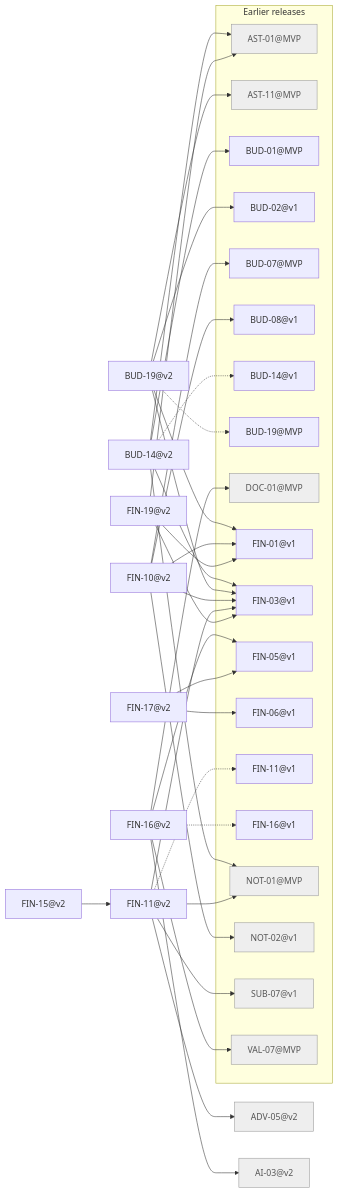
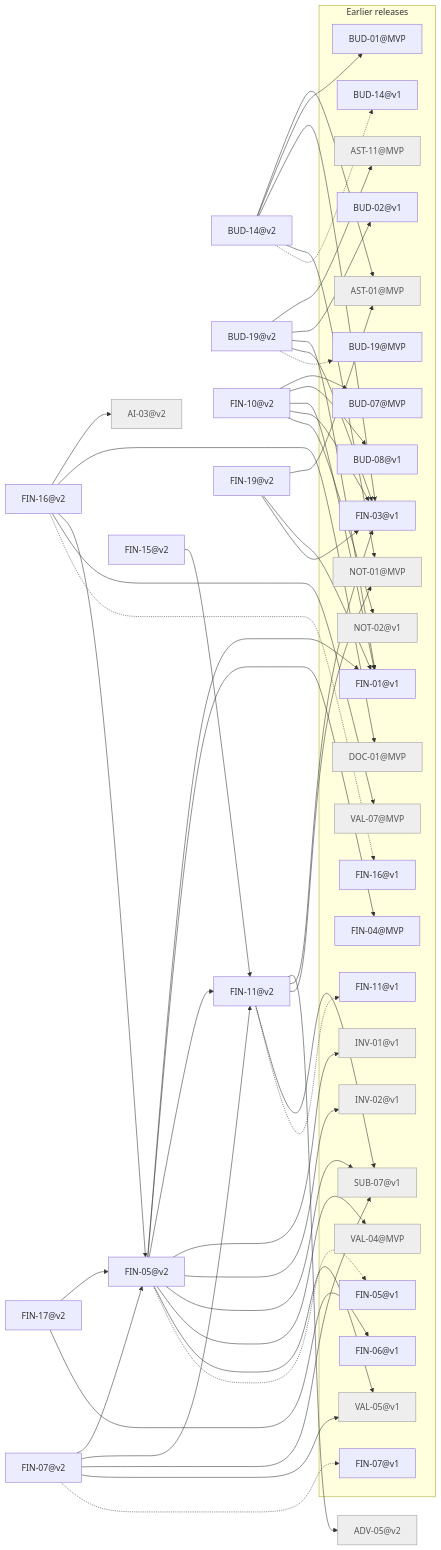
Before and after one commit to minakovval/Willowsum: the diagram in docs/traceability/release-v2.md, drawn with Mermaid. The commit also changed other lines of this file and 19 other files, not shown here.

````diff
--- a/docs/traceability/release-v2.md
+++ b/docs/traceability/release-v2.md
@@ -27,6 +29,8 @@
   AI_03_v2["AI-03@v2"]
   BUD_14_v2["BUD-14@v2"]
   BUD_19_v2["BUD-19@v2"]
+  FIN_05_v2["FIN-05@v2"]
+  FIN_07_v2["FIN-07@v2"]
   FIN_10_v2["FIN-10@v2"]
   FIN_11_v2["FIN-11@v2"]
   FIN_15_v2["FIN-15@v2"]
@@ -45,13 +49,19 @@
     DOC_01_MVP["DOC-01@MVP"]
     FIN_01_v1["FIN-01@v1"]
     FIN_03_v1["FIN-03@v1"]
+    FIN_04_MVP["FIN-04@MVP"]
     FIN_05_v1["FIN-05@v1"]
     FIN_06_v1["FIN-06@v1"]
+    FIN_07_v1["FIN-07@v1"]
     FIN_11_v1["FIN-11@v1"]
     FIN_16_v1["FIN-16@v1"]
+    INV_01_v1["INV-01@v1"]
+    INV_02_v1["INV-02@v1"]
     NOT_01_MVP["NOT-01@MVP"]
     NOT_02_v1["NOT-02@v1"]
     SUB_07_v1["SUB-07@v1"]
+    VAL_04_MVP["VAL-04@MVP"]
+    VAL_05_v1["VAL-05@v1"]
     VAL_07_MVP["VAL-07@MVP"]
   end
   BUD_14_v2 --> AST_01_MVP
@@ -64,6 +74,20 @@
   BUD_19_v2 --> FIN_01_v1
   BUD_19_v2 --> FIN_03_v1
   BUD_19_v2 -.-> BUD_19_MVP
+  FIN_05_v2 --> FIN_01_v1
+  FIN_05_v2 --> FIN_04_MVP
+  FIN_05_v2 --> FIN_11_v2
+  FIN_05_v2 --> INV_01_v1
+  FIN_05_v2 --> INV_02_v1
+  FIN_05_v2 --> SUB_07_v1
+  FIN_05_v2 --> VAL_04_MVP
+  FIN_05_v2 --> VAL_05_v1
+  FIN_05_v2 -.-> FIN_05_v1
+  FIN_07_v2 --> FIN_05_v2
+  FIN_07_v2 --> FIN_11_v2
+  FIN_07_v2 --> SUB_07_v1
+  FIN_07_v2 --> VAL_05_v1
+  FIN_07_v2 -.-> FIN_07_v1
   FIN_10_v2 --> BUD_07_MVP
   FIN_10_v2 --> BUD_08_v1
   FIN_10_v2 --> FIN_01_v1
@@ -77,14 +101,14 @@
   FIN_15_v2 --> FIN_11_v2
   FIN_16_v2 --> AI_03_v2
   FIN_16_v2 --> DOC_01_MVP
-  FIN_16_v2 --> FIN_05_v1
+  FIN_16_v2 --> FIN_05_v2
   FIN_16_v2 --> VAL_07_MVP
   FIN_16_v2 -.-> FIN_16_v1
-  FIN_17_v2 --> FIN_05_v1
+  FIN_17_v2 --> FIN_05_v2
   FIN_17_v2 --> FIN_06_v1
   FIN_19_v2 --> AST_01_MVP
   FIN_19_v2 --> FIN_01_v1
   FIN_19_v2 --> FIN_03_v1
   classDef notMigrated fill:#eee,stroke:#999,color:#555
-  class ADV_05_v2,AI_03_v2,AST_01_MVP,AST_11_MVP,DOC_01_MVP,NOT_01_MVP,NOT_02_v1,SUB_07_v1,VAL_07_MVP notMigrated
+  class ADV_05_v2,AI_03_v2,AST_01_MVP,AST_11_MVP,DOC_01_MVP,INV_01_v1,INV_02_v1,NOT_01_MVP,NOT_02_v1,SUB_07_v1,VAL_04_MVP,VAL_05_v1,VAL_07_MVP notMigrated
 ```
````
